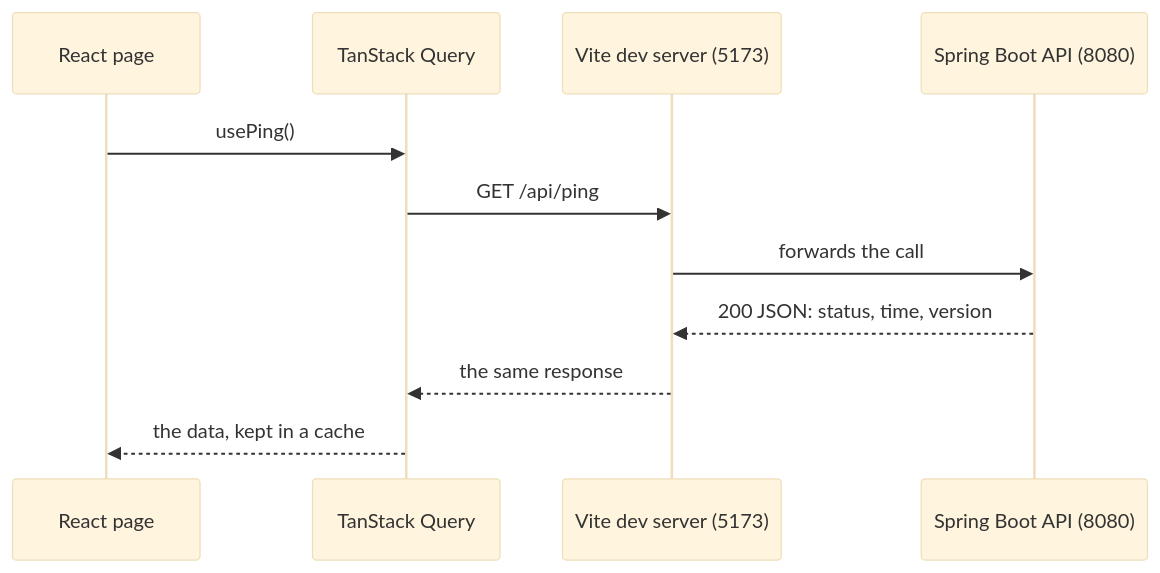
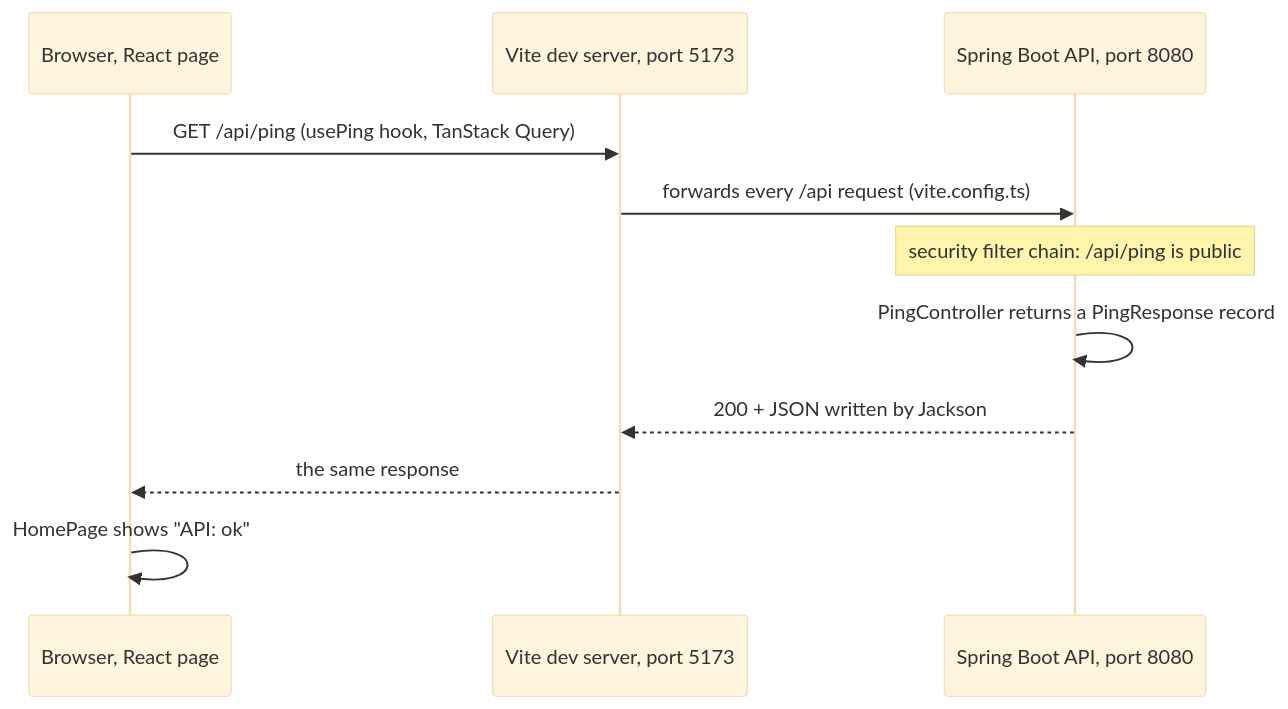
Before and after one commit to ilyas8888/moneymacros: the fourth of 10 diagrams in docs/learned-so-far.md, drawn with Mermaid (base theme). The commit also changed other lines of this file, not shown here.

First line of the commit message:
docs: expand the revision sheet with diagrams and self-checks

````diff
--- a/docs/learned-so-far.md
+++ b/docs/learned-so-far.md
@@ -154,13 +110,13 @@
 ```mermaid
 sequenceDiagram
-    participant P as React page
-    participant Q as TanStack Query
-    participant V as Vite dev server (5173)
-    participant A as Spring Boot API (8080)
-    P->>Q: usePing()
-    Q->>V: GET /api/ping
-    V->>A: forwards the call
-    A-->>V: 200 JSON: status, time, version
-    V-->>Q: the same response
-    Q-->>P: the data, kept in a cache
+    participant B as Browser, React page
+    participant V as Vite dev server, port 5173
+    participant S as Spring Boot API, port 8080
+    B->>V: GET /api/ping (usePing hook, TanStack Query)
+    V->>S: forwards every /api request (vite.config.ts)
+    Note over S: security filter chain: /api/ping is public
+    S->>S: PingController returns a PingResponse record
+    S-->>V: 200 + JSON written by Jackson
+    V-->>B: the same response
+    B->>B: HomePage shows "API: ok"
 ```
````
